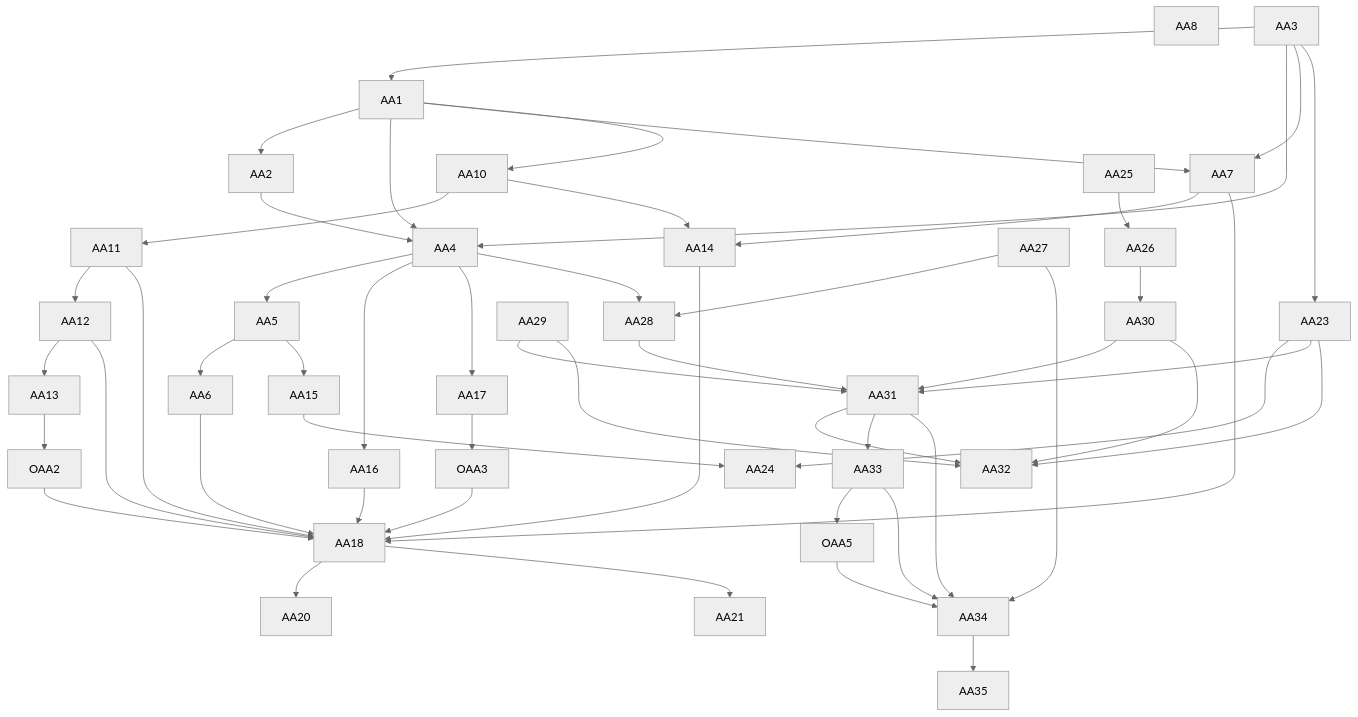
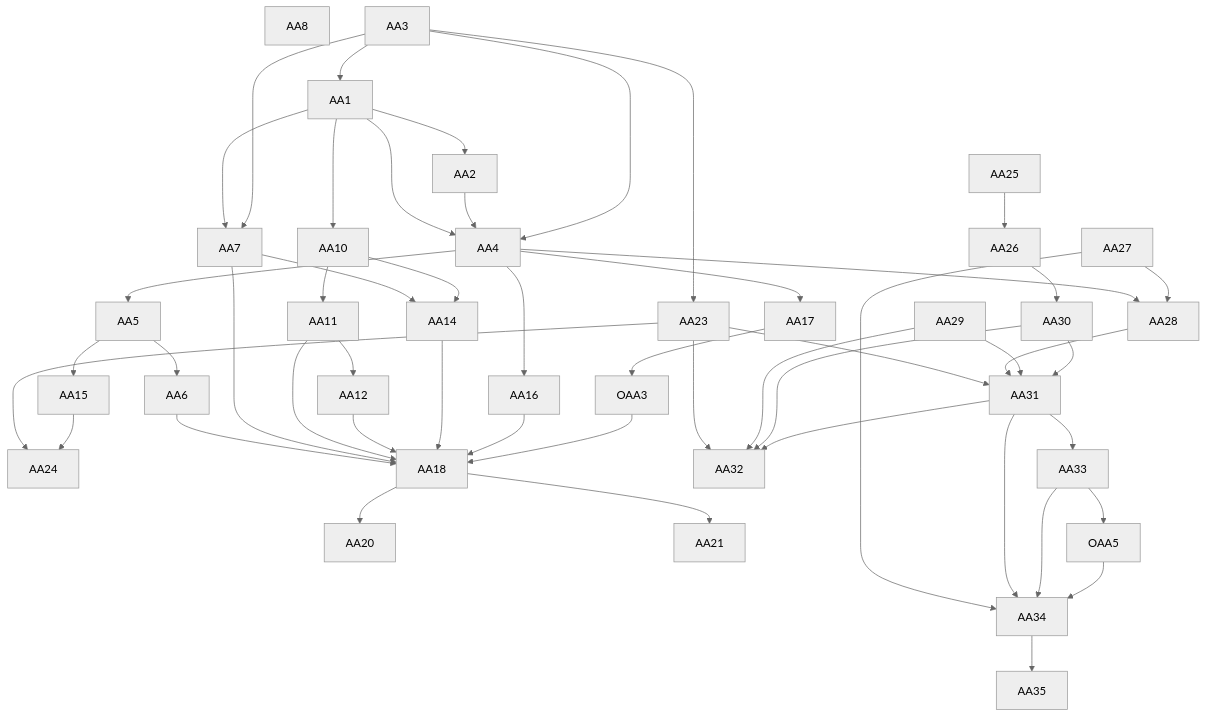
Before and after one commit to diy-accounting-uk/submit.diyaccounting.co.uk: the diagram in PLAN_AMENDED_ACCOUNTS.md, drawn with Mermaid (neutral theme). The commit also changed other lines of this file and 1 other file, not shown here.

````diff
--- a/PLAN_AMENDED_ACCOUNTS.md
+++ b/PLAN_AMENDED_ACCOUNTS.md
@@ -786,56 +771,53 @@
 ```mermaid
 graph TD
   AA8
   AA3 --> AA1
   AA1 --> AA2
   AA1 --> AA4
   AA2 --> AA4
   AA3 --> AA4
   AA4 --> AA5
   AA5 --> AA6
   AA1 --> AA7
   AA3 --> AA7
   AA1 --> AA10
   AA10 --> AA11
   AA11 --> AA12
-  AA12 --> AA13
-  AA13 --> OAA2
   AA7 --> AA14
   AA10 --> AA14
   AA5 --> AA15
   AA3 --> AA23
   AA23 --> AA24
   AA15 --> AA24
   AA4 --> AA16
   AA4 --> AA17
   AA17 --> OAA3
   AA6 --> AA18
   AA7 --> AA18
   AA11 --> AA18
   AA12 --> AA18
   AA14 --> AA18
   AA16 --> AA18
-  OAA2 --> AA18
   OAA3 --> AA18
   AA18 --> AA20
   AA18 --> AA21
   AA4 --> AA28
   AA27 --> AA28
   AA25 --> AA26
   AA26 --> AA30
   AA23 --> AA31
   AA28 --> AA31
   AA29 --> AA31
   AA30 --> AA31
   AA23 --> AA32
   AA29 --> AA32
   AA30 --> AA32
   AA31 --> AA32
   AA31 --> AA33
   AA33 --> OAA5
   AA27 --> AA34
   AA31 --> AA34
   AA33 --> AA34
   OAA5 --> AA34
   AA34 --> AA35
 ```
````
